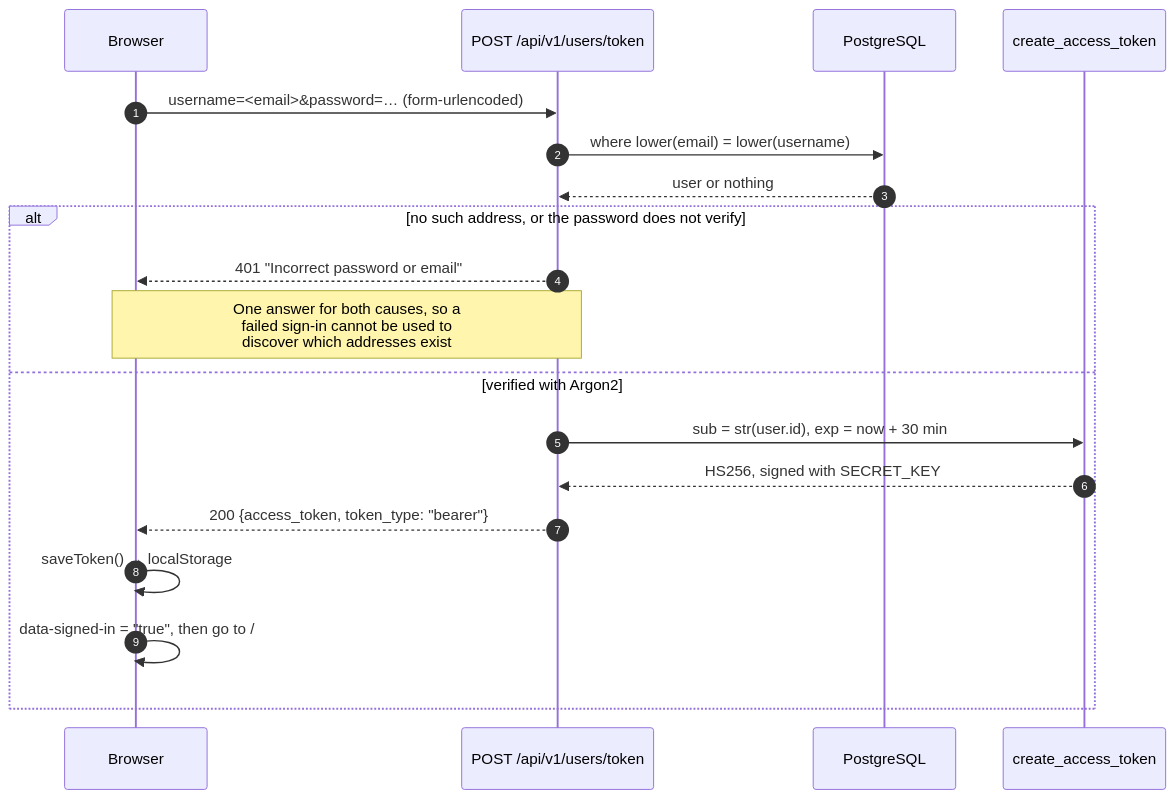
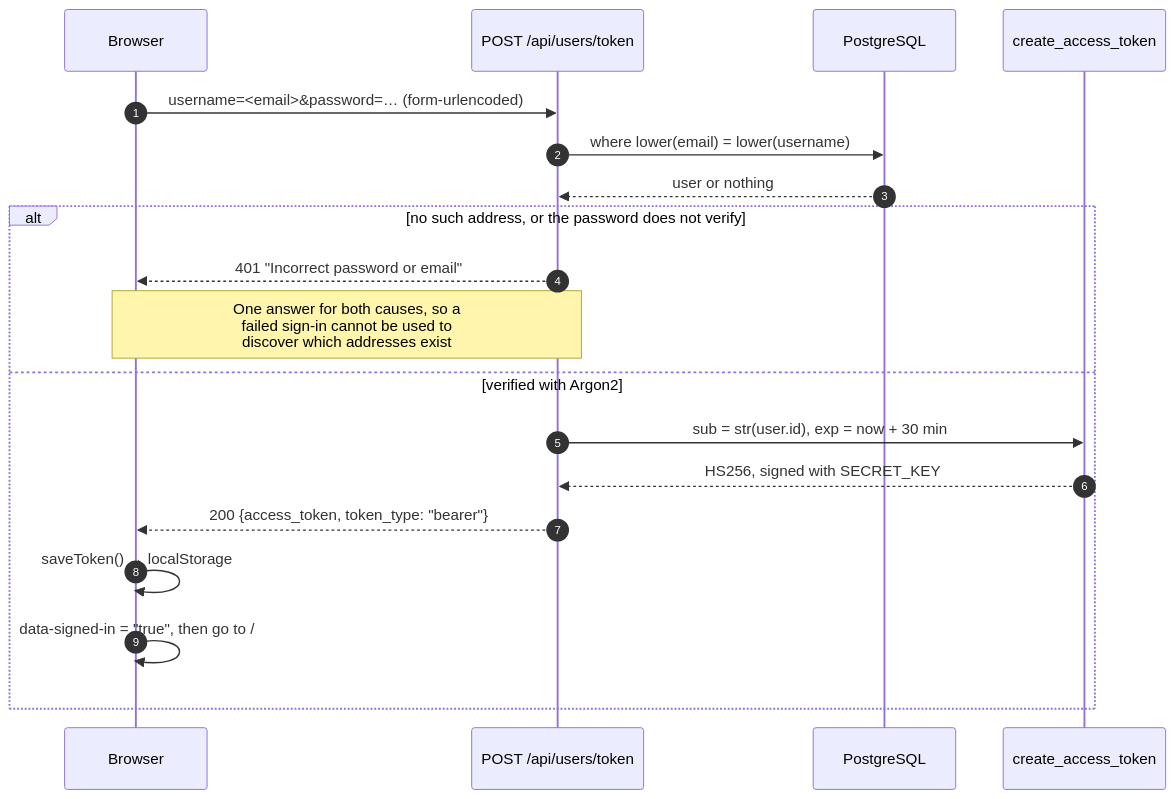
One commit to OstapchukIryna/fastapi-blog changed the first of 3 diagrams in docs/auth.md. Above: the diagram before and after it, drawn with Mermaid. The commit also changed other lines of this file and 98 other files, not shown here.

Commit message:
Remove versioning, add users post testing

````diff
--- a/docs/auth.md
+++ b/docs/auth.md
@@ -23,23 +23,23 @@
 ```mermaid
 sequenceDiagram
     autonumber
     participant B as Browser
-    participant API as POST /api/v1/users/token
+    participant API as POST /api/users/token
     participant DB as PostgreSQL
     participant JWT as create_access_token
 
     B->>API: username=<email>&password=… (form-urlencoded)
     API->>DB: where lower(email) = lower(username)
     DB-->>API: user or nothing
 
     alt no such address, or the password does not verify
         API-->>B: 401 "Incorrect password or email"
         Note over API,B: One answer for both causes, so a<br/>failed sign-in cannot be used to<br/>discover which addresses exist
     else verified with Argon2
         API->>JWT: sub = str(user.id), exp = now + 30 min
         JWT-->>API: HS256, signed with SECRET_KEY
         API-->>B: 200 {access_token, token_type: "bearer"}
         B->>B: saveToken() → localStorage
         B->>B: data-signed-in = "true", then go to /
     end
 ```
````
